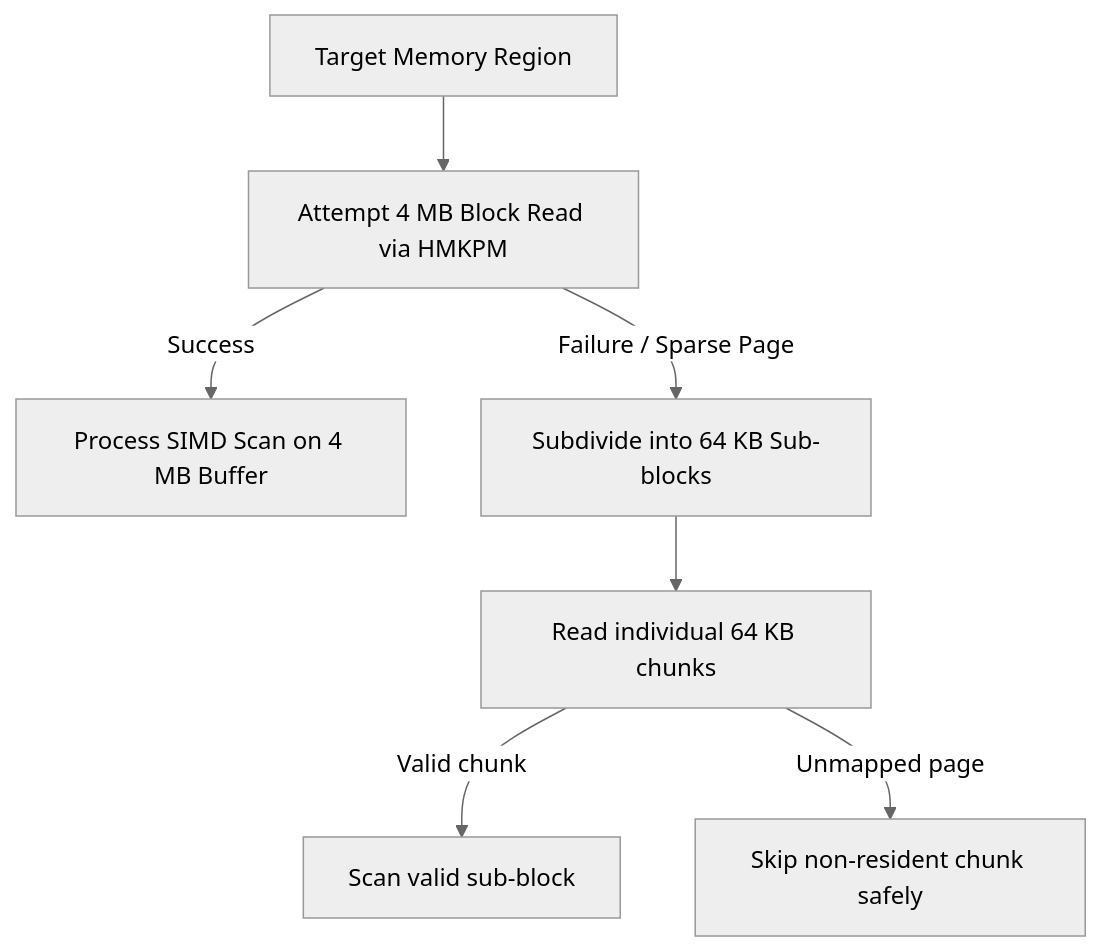
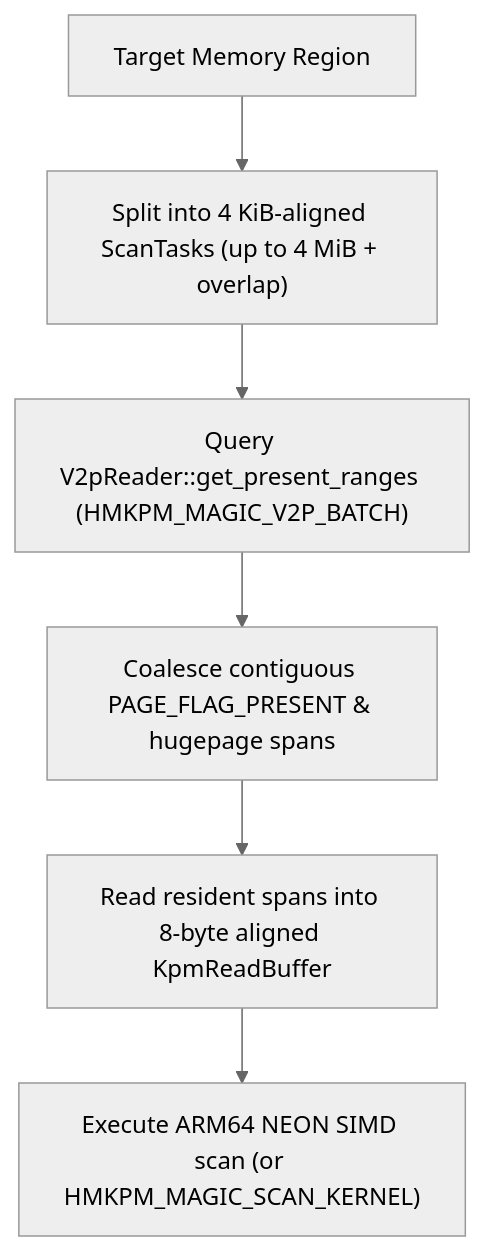
One commit to Yervant7/HuntMemory changed the diagram in docs/memory-scanning.md. Above: the diagram before and after it, drawn with Mermaid (neutral theme). The commit also changed other lines of this file and 62 other files, not shown here.

````diff
--- a/docs/memory-scanning.md
+++ b/docs/memory-scanning.md
@@ -30,9 +30,8 @@
 ```mermaid
 graph TD
-    A["Target Memory Region"] --> B["Attempt 4 MB Block Read via HMKPM"]
-    B -->|Success| C["Process SIMD Scan on 4 MB Buffer"]
-    B -->|Failure / Sparse Page| D["Subdivide into 64 KB Sub-blocks"]
-    D --> E["Read individual 64 KB chunks"]
-    E -->|Valid chunk| F["Scan valid sub-block"]
-    E -->|Unmapped page| G["Skip non-resident chunk safely"]
+    A["Target Memory Region"] --> B["Split into 4 KiB-aligned ScanTasks (up to 4 MiB + overlap)"]
+    B --> C["Query V2pReader::get_present_ranges (HMKPM_MAGIC_V2P_BATCH)"]
+    C --> D["Coalesce contiguous PAGE_FLAG_PRESENT & hugepage spans"]
+    D --> E["Read resident spans into 8-byte aligned KpmReadBuffer"]
+    E --> F["Execute ARM64 NEON SIMD scan (or HMKPM_MAGIC_SCAN_KERNEL)"]
 ```
````
